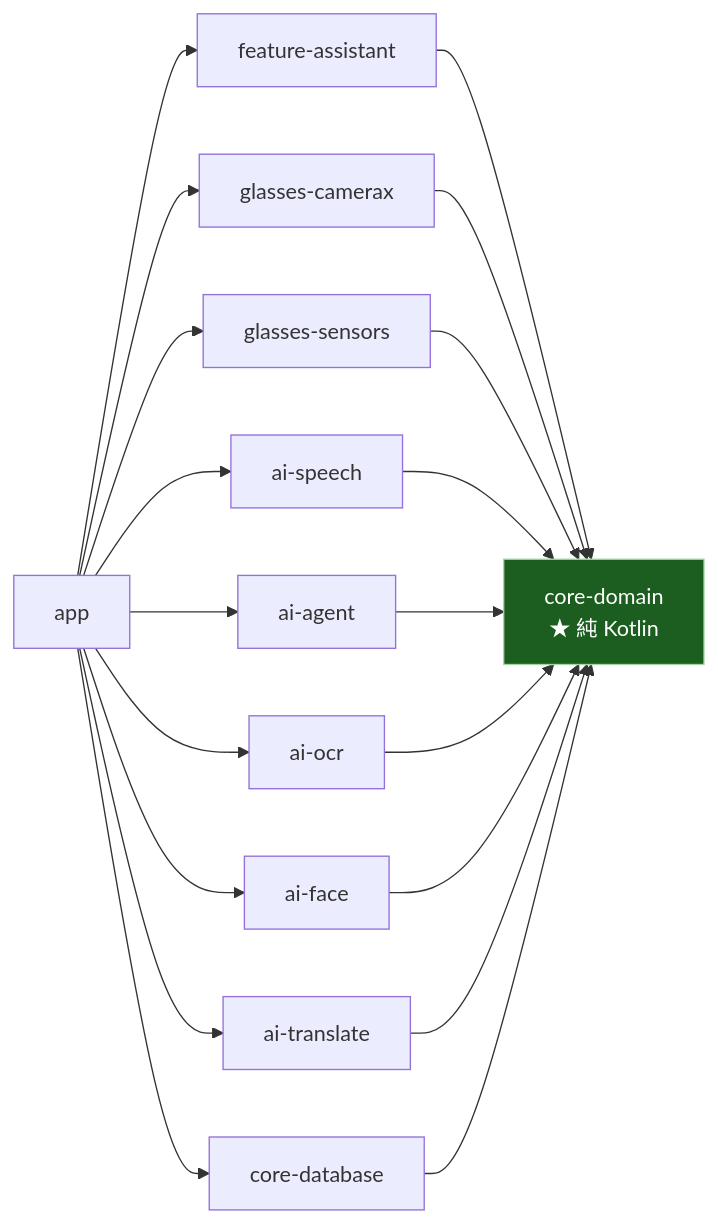
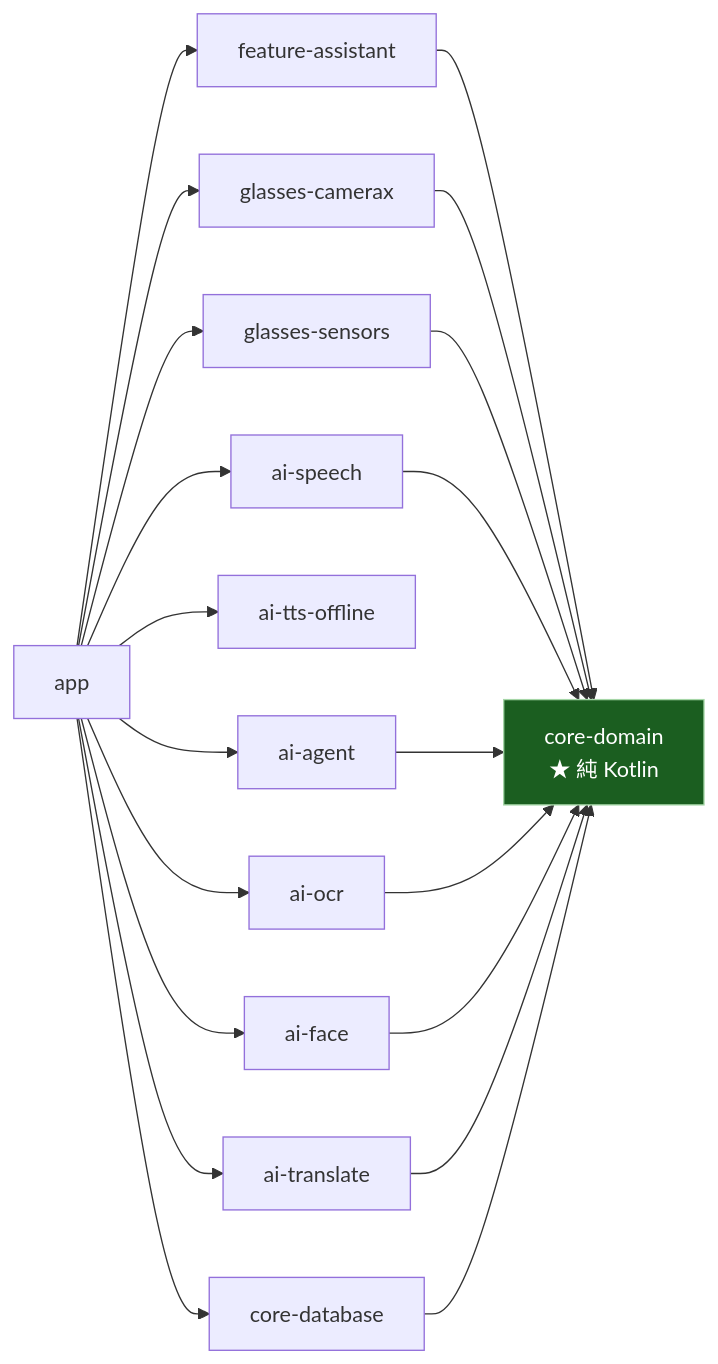
The third of 11 diagrams in docs/DEVELOPER_GUIDE.md (mato1321/guide_glasses_project_), drawn with Mermaid before and after one commit. The commit also changed other lines of this file and 25 other files, not shown here.

````diff
--- a/docs/DEVELOPER_GUIDE.md
+++ b/docs/DEVELOPER_GUIDE.md
@@ -493,25 +494,26 @@
 ```mermaid
 flowchart LR
     app --> feature["feature-assistant"]
     app --> glasses1["glasses-camerax"]
     app --> glasses2["glasses-sensors"]
     app --> ai1["ai-speech"]
+    app --> ai1b["ai-tts-offline"]
     app --> ai2["ai-agent"]
     app --> ai3["ai-ocr"]
     app --> ai4["ai-face"]
     app --> ai5["ai-translate"]
     app --> db["core-database"]
 
     feature --> domain["core-domain<br/>★ 純 Kotlin"]
     glasses1 --> domain
     glasses2 --> domain
     ai1 --> domain
     ai2 --> domain
     ai3 --> domain
     ai4 --> domain
     ai5 --> domain
     db --> domain
 
     classDef pure fill:#1b5e20,stroke:#a5d6a7,color:#fff
     class domain pure
 ```
````
